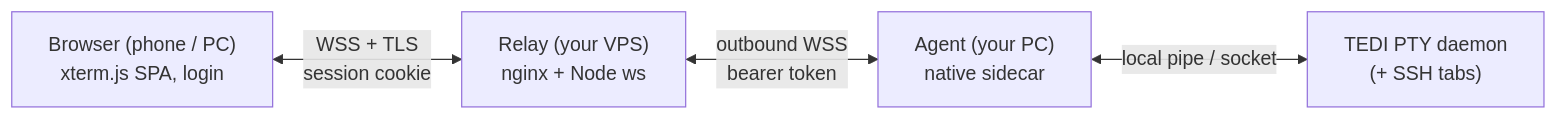
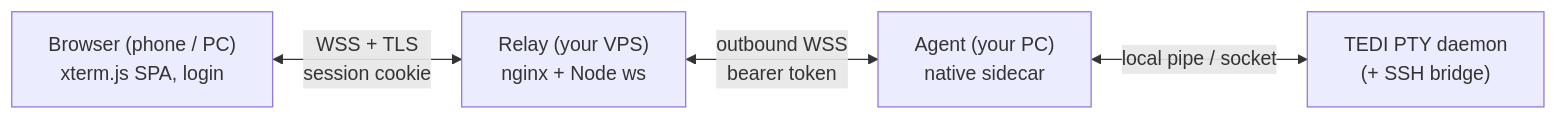
One commit to IlhamriSKY/TEDI.remote-access changed the diagram in README.md. Above: the diagram before and after it, drawn with Mermaid. The commit also changed other lines of this file, not shown here.

First line of the commit message:
docs: refactor README - cover opening terminal/SSH tabs from the browser, concise + consistent with other extensions

````diff
--- a/README.md
+++ b/README.md
@@ -25,6 +39,6 @@
 ```mermaid
 flowchart LR
     A["Browser (phone / PC)<br/>xterm.js SPA, login"] <-->|"WSS + TLS<br/>session cookie"| B["Relay (your VPS)<br/>nginx + Node ws"]
     B <-->|"outbound WSS<br/>bearer token"| C["Agent (your PC)<br/>native sidecar"]
-    C <-->|"local pipe / socket"| D["TEDI PTY daemon<br/>(+ SSH tabs)"]
+    C <-->|"local pipe / socket"| D["TEDI PTY daemon<br/>(+ SSH bridge)"]
 ```
````
